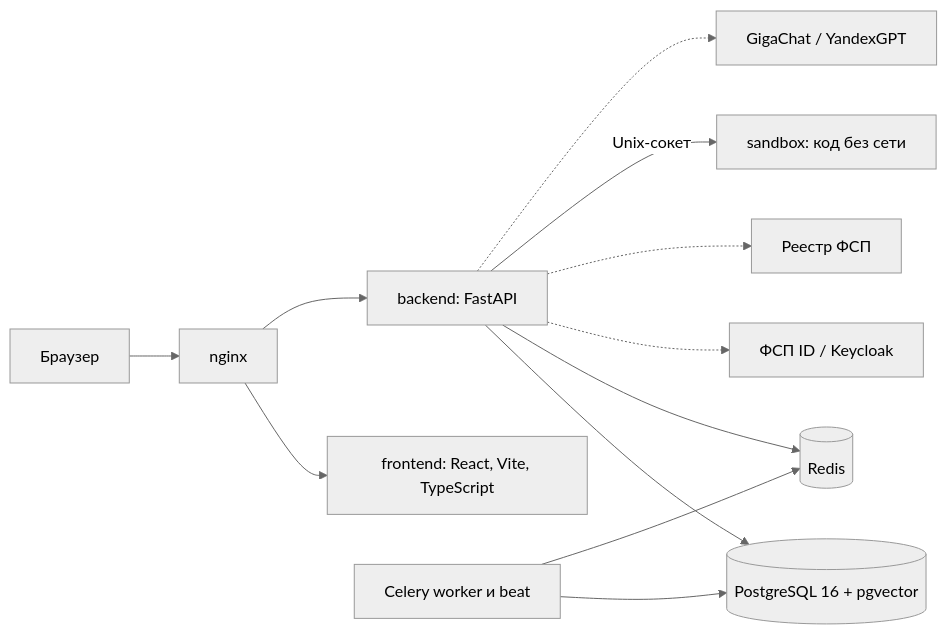
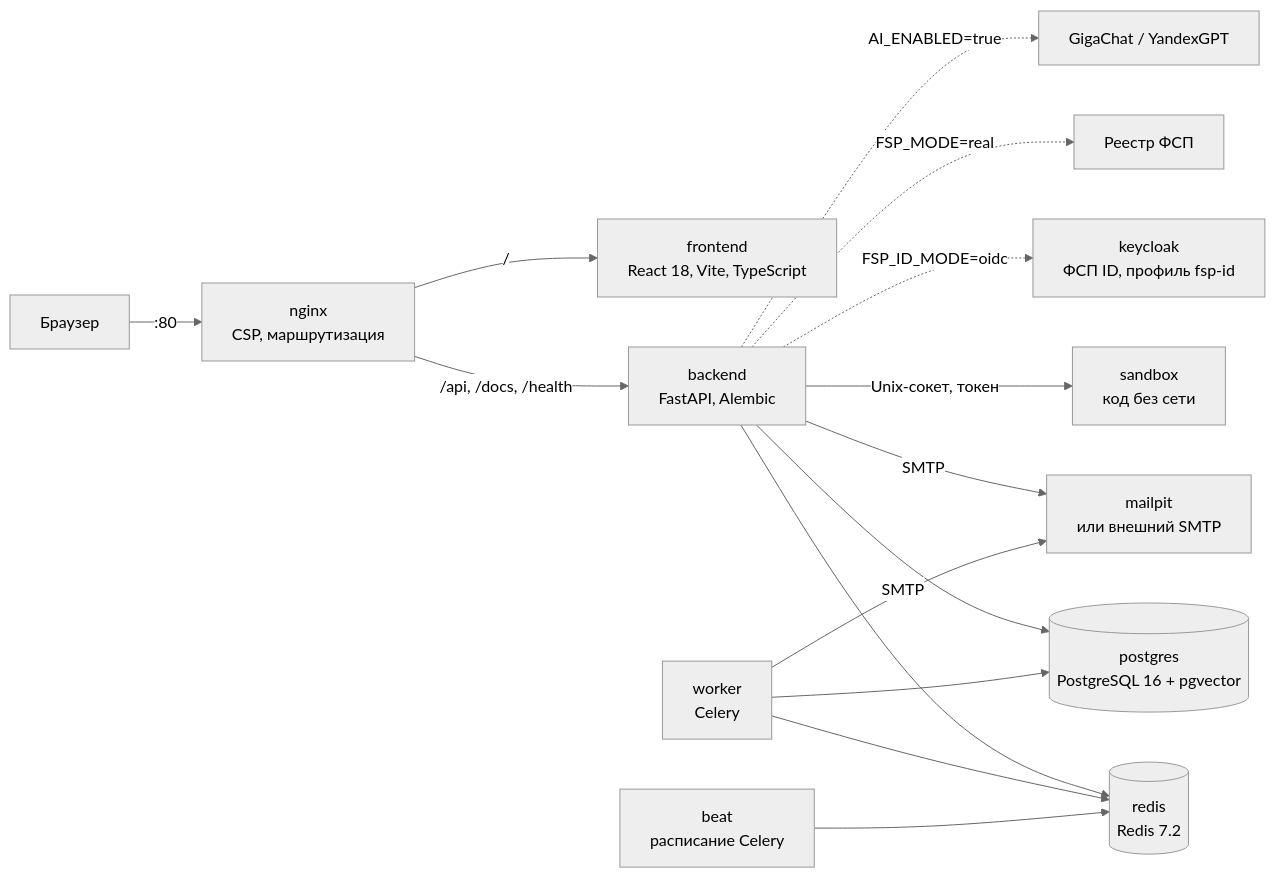
One commit to KonkovDV/fsp-talent changed the diagram in README.md. Above: the diagram before and after it, drawn with Mermaid (neutral theme). The commit also changed other lines of this file, not shown here.

````diff
--- a/README.md
+++ b/README.md
@@ -234,14 +116,17 @@
 ```mermaid
 flowchart LR
-  U[Браузер] --> NG[nginx]
-  NG --> FE[frontend: React, Vite, TypeScript]
-  NG --> BE[backend: FastAPI]
-  BE --> PG[(PostgreSQL 16 + pgvector)]
-  BE --> RD[(Redis)]
-  WK[Celery worker и beat] --> PG
+  U[Браузер] -->|":80"| NG[nginx<br/>CSP, маршрутизация]
+  NG -->|"/"| FE[frontend<br/>React 18, Vite, TypeScript]
+  NG -->|"/api, /docs, /health"| BE[backend<br/>FastAPI, Alembic]
+  BE --> PG[(postgres<br/>PostgreSQL 16 + pgvector)]
+  BE --> RD[(redis<br/>Redis 7.2)]
+  WK[worker<br/>Celery] --> PG
   WK --> RD
-  BE -.-> KC[ФСП ID / Keycloak]
-  BE -.-> REG[Реестр ФСП]
-  BE -->|Unix-сокет| SB[sandbox: код без сети]
-  BE -.-> AI[GigaChat / YandexGPT]
+  BT[beat<br/>расписание Celery] --> RD
+  BE -->|"Unix-сокет, токен"| SB[sandbox<br/>код без сети]
+  BE -->|SMTP| MP[mailpit<br/>или внешний SMTP]
+  WK -->|SMTP| MP
+  BE -.->|"FSP_ID_MODE=oidc"| KC[keycloak<br/>ФСП ID, профиль fsp-id]
+  BE -.->|"FSP_MODE=real"| REG[Реестр ФСП]
+  BE -.->|"AI_ENABLED=true"| AI[GigaChat / YandexGPT]
 ```
````
